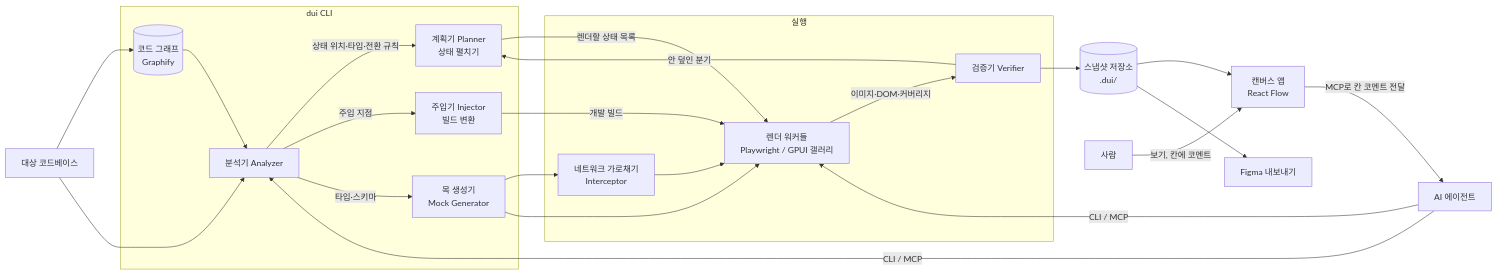
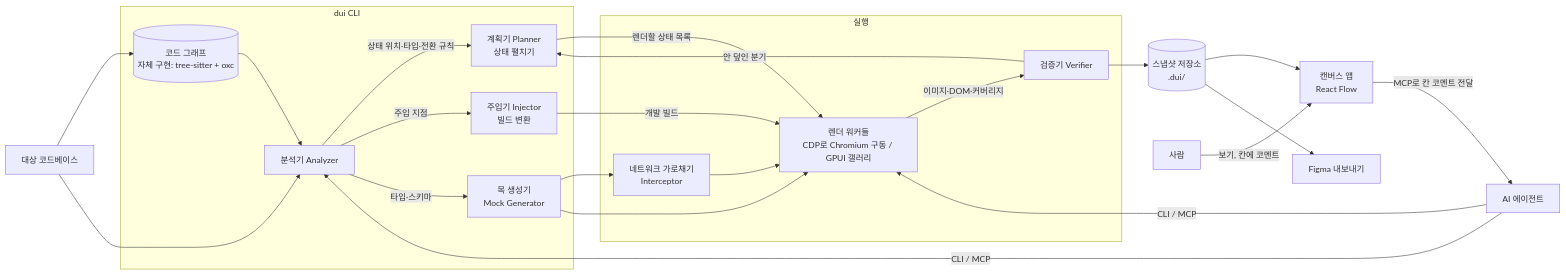
The diagram in docs/ko/design-v0.md (de-novo/dui), drawn with Mermaid before and after one commit. The commit also changed other lines of this file and 9 other files, not shown here.

````diff
--- a/docs/ko/design-v0.md
+++ b/docs/ko/design-v0.md
@@ -60,38 +71,38 @@
 ```mermaid
 flowchart LR
   subgraph CLI["dui CLI"]
     A[분석기 Analyzer]
-    G[(코드 그래프<br/>Graphify)]
+    G[(코드 그래프<br/>자체 구현: tree-sitter + oxc)]
     I[주입기 Injector<br/>빌드 변환]
     M[목 생성기<br/>Mock Generator]
     P[계획기 Planner<br/>상태 펼치기]
   end
   subgraph Run["실행"]
     N[네트워크 가로채기<br/>Interceptor]
-    R[렌더 워커들<br/>Playwright / GPUI 갤러리]
+    R[렌더 워커들<br/>CDP로 Chromium 구동 / GPUI 갤러리]
     V[검증기 Verifier]
   end
   S[(스냅샷 저장소<br/>.dui/)]
   C[캔버스 앱<br/>React Flow]
   F[Figma 내보내기]
 
   Code[대상 코드베이스] --> G --> A
   Code --> A
   A -->|상태 위치·타입·전환 규칙| P
   A -->|주입 지점| I
   A -->|타입·스키마| M
   P -->|렌더할 상태 목록| R
   M --> N
   M --> R
   I -->|개발 빌드| R
   N --> R
   R -->|이미지·DOM·커버리지| V
   V --> S
   S --> C
   S --> F
   V -->|안 덮인 분기| P
   AI[AI 에이전트] -->|CLI / MCP| A
   AI -->|CLI / MCP| R
   H[사람] -->|보기, 칸에 코멘트| C
   C -->|MCP로 칸 코멘트 전달| AI
 ```
````
